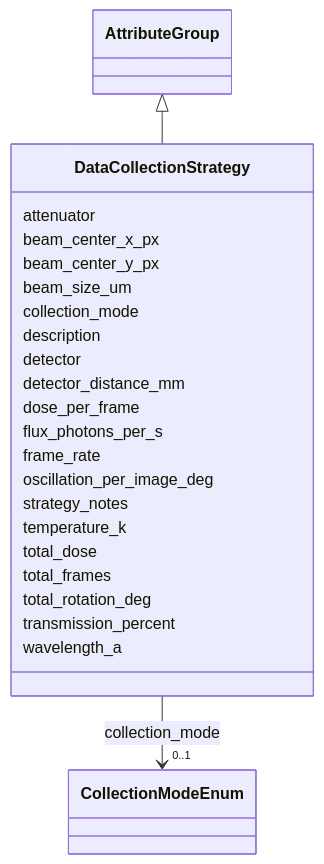
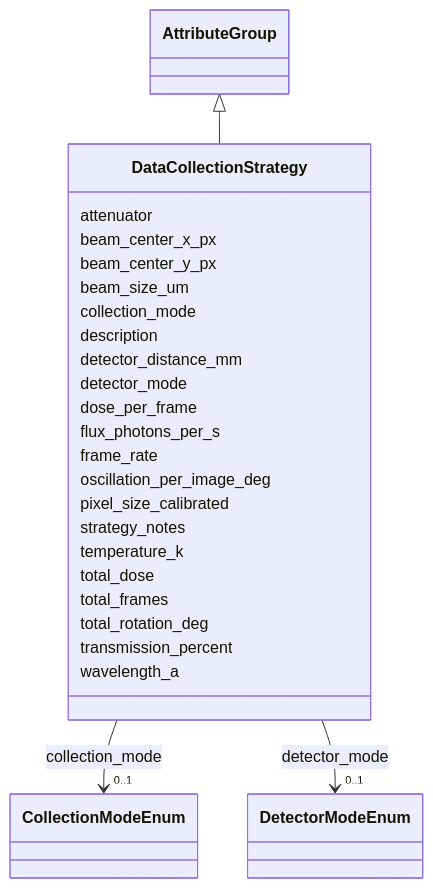
Before and after one commit to lambda-ber/lambda-ber-schema: the diagram in docs/DataCollectionStrategy.md, drawn with Mermaid. The commit also changed other lines of this file and 278 other files, not shown here.

````diff
--- a/docs/DataCollectionStrategy.md
+++ b/docs/DataCollectionStrategy.md
@@ -18,56 +18,67 @@
 ```mermaid
  classDiagram
     class DataCollectionStrategy
     click DataCollectionStrategy href "../DataCollectionStrategy/"
       AttributeGroup <|-- DataCollectionStrategy
         click AttributeGroup href "../AttributeGroup/"
       
       DataCollectionStrategy : attenuator
         
       DataCollectionStrategy : beam_center_x_px
         
       DataCollectionStrategy : beam_center_y_px
         
       DataCollectionStrategy : beam_size_um
         
       DataCollectionStrategy : collection_mode
         
           
     
         
         
         DataCollectionStrategy --> "0..1" CollectionModeEnum : collection_mode
         click CollectionModeEnum href "../CollectionModeEnum/"
     
 
         
       DataCollectionStrategy : description
         
-      DataCollectionStrategy : detector
+      DataCollectionStrategy : detector_distance_mm
         
-      DataCollectionStrategy : detector_distance_mm
+      DataCollectionStrategy : detector_mode
+        
+          
+    
+        
+        
+        DataCollectionStrategy --> "0..1" DetectorModeEnum : detector_mode
+        click DetectorModeEnum href "../DetectorModeEnum/"
+    
+
         
       DataCollectionStrategy : dose_per_frame
         
       DataCollectionStrategy : flux_photons_per_s
         
       DataCollectionStrategy : frame_rate
         
       DataCollectionStrategy : oscillation_per_image_deg
+        
+      DataCollectionStrategy : pixel_size_calibrated
         
       DataCollectionStrategy : strategy_notes
         
       DataCollectionStrategy : temperature_k
         
       DataCollectionStrategy : total_dose
         
       DataCollectionStrategy : total_frames
         
       DataCollectionStrategy : total_rotation_deg
         
       DataCollectionStrategy : transmission_percent
         
       DataCollectionStrategy : wavelength_a
         
       
 ```
````
